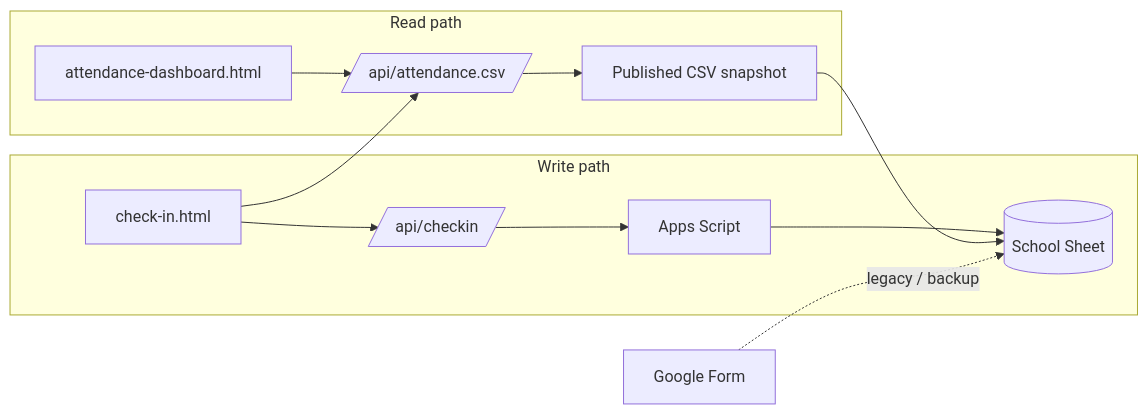
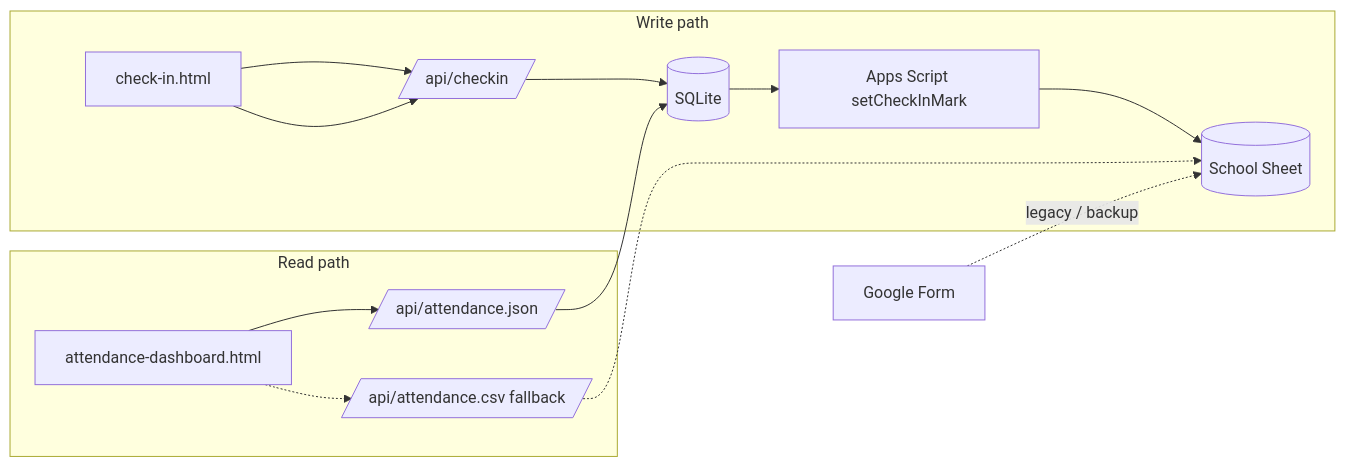
The second of 2 diagrams in docs/architecture.md (mitchelldawkinsjr/ghfb), drawn with Mermaid before and after one commit. The commit also changed other lines of this file and 19 other files, not shown here.

First line of the commit message:
Add SQLite attendance database as source of truth.

````diff
--- a/docs/architecture.md
+++ b/docs/architecture.md
@@ -57,17 +57,19 @@
 ```mermaid
 flowchart LR
   subgraph write["Write path"]
     CI[check-in.html] --> API[/api/checkin/]
-    API --> GAS2[Apps Script]
-    GAS2 --> S2[(School Sheet)]
+    API --> DB[(SQLite)]
+    DB --> GAS[Apps Script setCheckInMark]
+    GAS --> S2[(School Sheet)]
   end
 
   subgraph read["Read path"]
-    AD[attendance-dashboard.html] --> CSV[/api/attendance.csv/]
-    CSV --> PUB[Published CSV snapshot]
-    PUB --> S2
-    CI --> CSV
+    AD[attendance-dashboard.html] --> JSON[/api/attendance.json/]
+    JSON --> DB
+    AD -.-> CSV[/api/attendance.csv fallback/]
+    CSV -.-> S2
+    CI --> API
   end
 
   Form[Google Form] -.->|legacy / backup| S2
 ```
````
